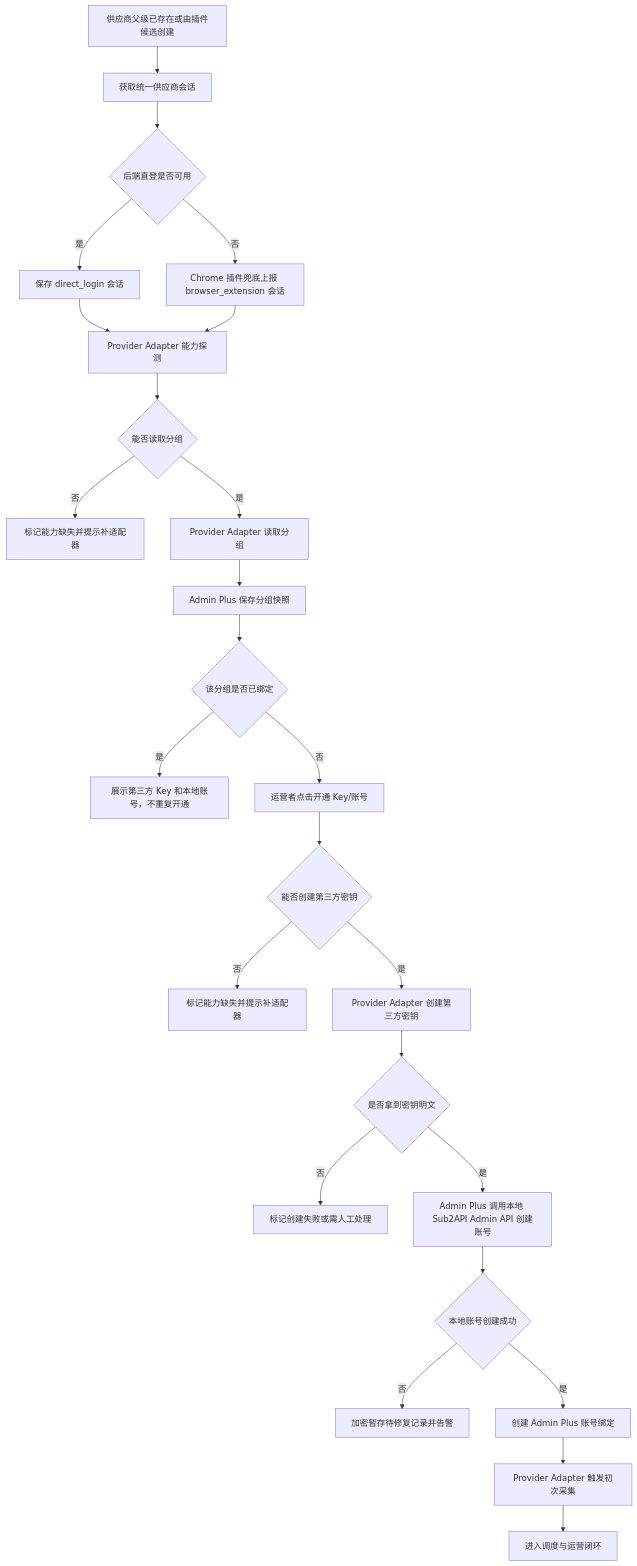
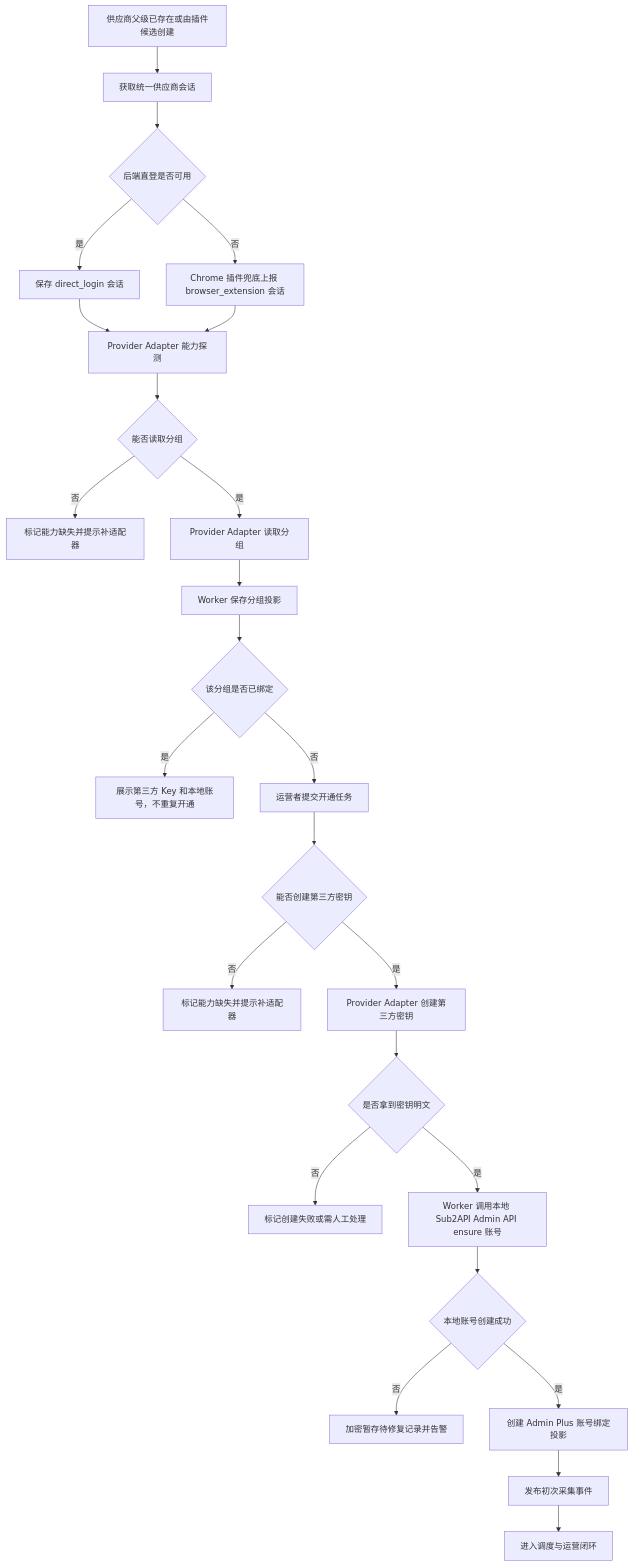
One commit to openrelayllm/superllm changed the third of 20 diagrams in docs/roadmap/accounts/README.md. Above: the diagram before and after it, drawn with Mermaid. The commit also changed other lines of this file and 147 other files, not shown here.

Commit message:
feat: release admin plus v0.8.0

````diff
--- a/docs/roadmap/accounts/README.md
+++ b/docs/roadmap/accounts/README.md
@@ -124,27 +129,27 @@
 ```mermaid
 flowchart TD
   A[供应商父级已存在或由插件候选创建] --> B[获取统一供应商会话]
   B --> C{后端直登是否可用}
   C -- 是 --> D[保存 direct_login 会话]
   C -- 否 --> E[Chrome 插件兜底上报 browser_extension 会话]
   D --> F[Provider Adapter 能力探测]
   E --> F
   F --> G{能否读取分组}
   G -- 否 --> G1[标记能力缺失并提示补适配器]
   G -- 是 --> H[Provider Adapter 读取分组]
-  H --> I[Admin Plus 保存分组快照]
+  H --> I[Worker 保存分组投影]
   I --> I1{该分组是否已绑定}
   I1 -- 是 --> I2[展示第三方 Key 和本地账号，不重复开通]
-  I1 -- 否 --> I3[运营者点击开通 Key/账号]
+  I1 -- 否 --> I3[运营者提交开通任务]
   I3 --> J{能否创建第三方密钥}
   J -- 否 --> J1[标记能力缺失并提示补适配器]
   J -- 是 --> K[Provider Adapter 创建第三方密钥]
   K --> L{是否拿到密钥明文}
   L -- 否 --> L1[标记创建失败或需人工处理]
-  L -- 是 --> M[Admin Plus 调用本地 Sub2API Admin API 创建账号]
+  L -- 是 --> M[Worker 调用本地 Sub2API Admin API ensure 账号]
   M --> N{本地账号创建成功}
   N -- 否 --> N1[加密暂存待修复记录并告警]
-  N -- 是 --> O[创建 Admin Plus 账号绑定]
-  O --> P[Provider Adapter 触发初次采集]
+  N -- 是 --> O[创建 Admin Plus 账号绑定投影]
+  O --> P[发布初次采集事件]
   P --> Q[进入调度与运营闭环]
 ```
````
